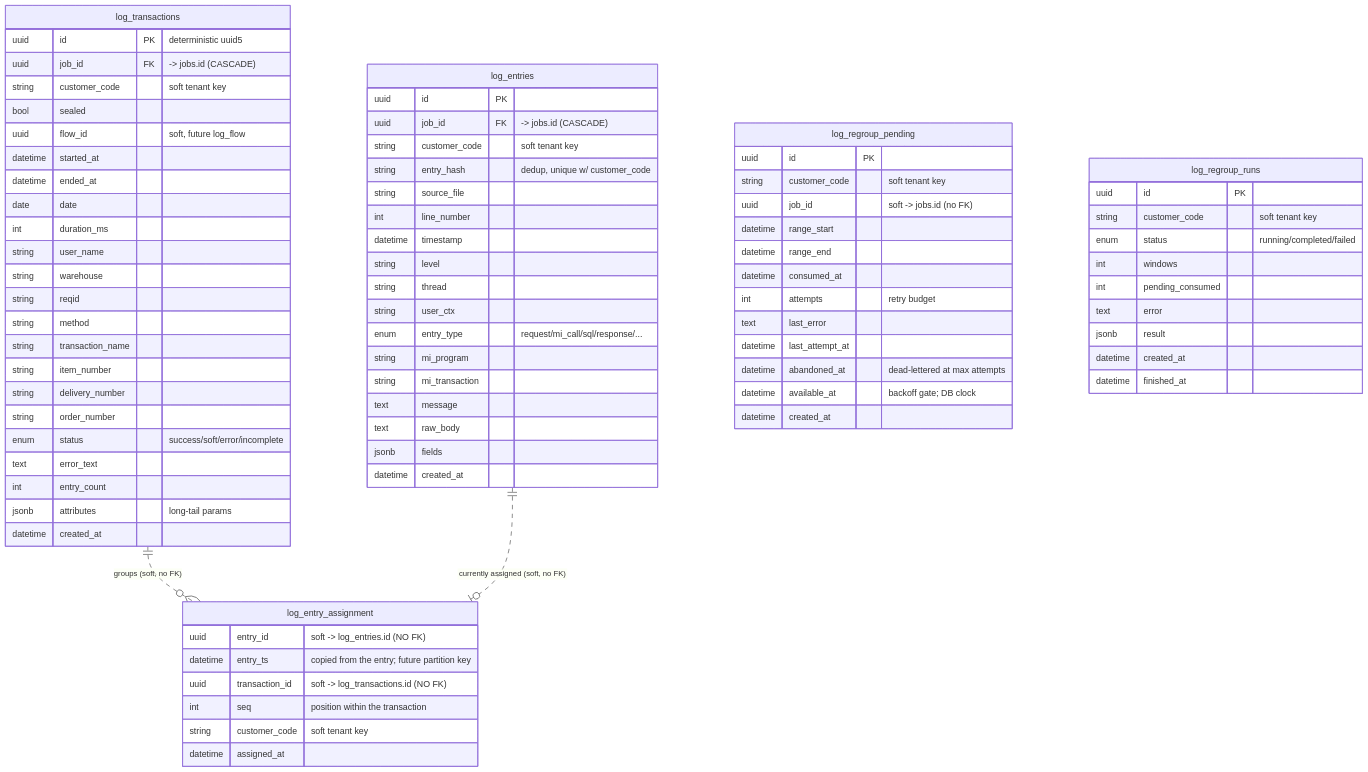
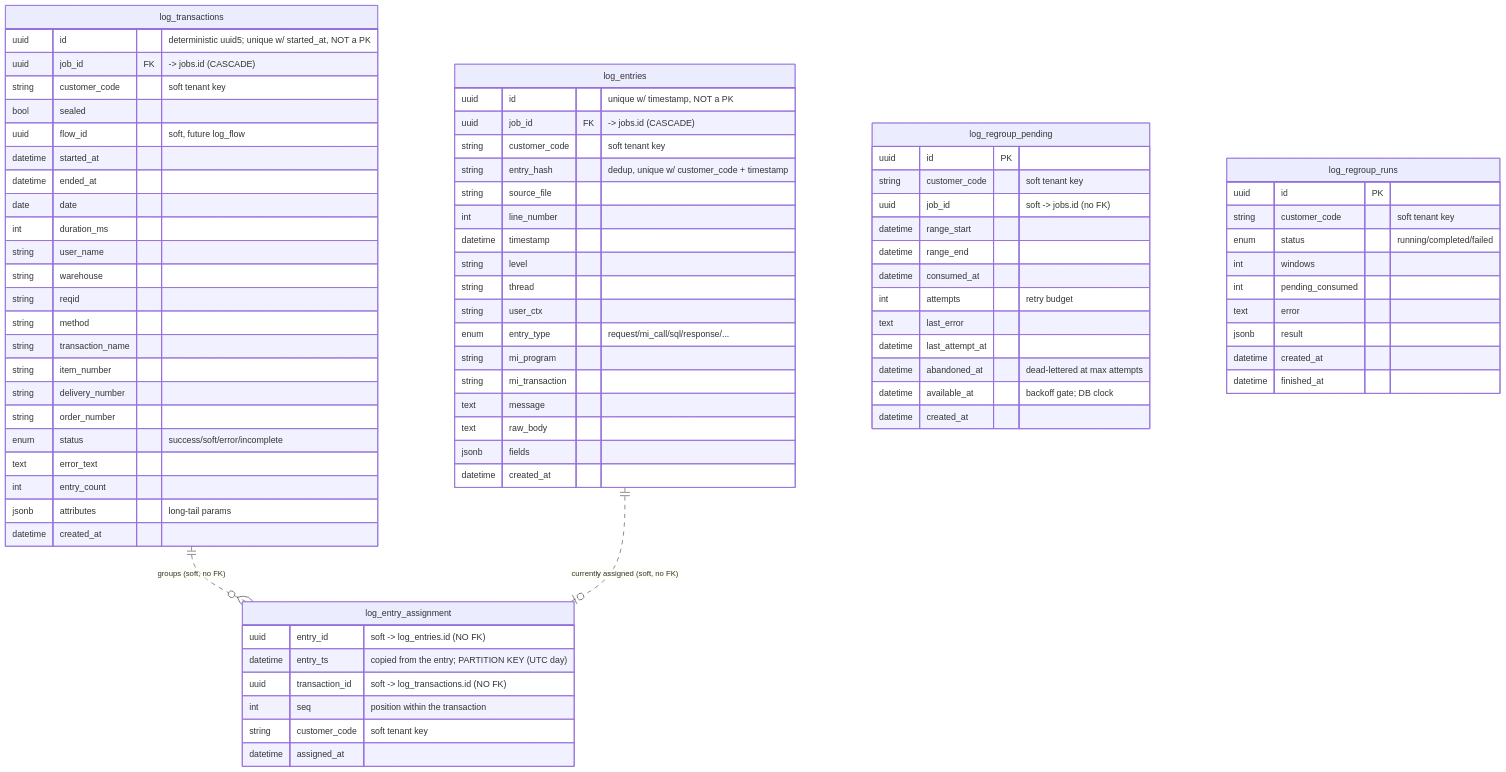
Before and after one commit to eamtalu/RAG-PipeLine: the fourth of 10 diagrams in docs/database-er-diagram.md, drawn with Mermaid. The commit also changed other lines of this file and 2 other files, not shown here.

First line of the commit message:
docs: partitioning design, ER diagram, and the frontend brief

````diff
--- a/docs/database-er-diagram.md
+++ b/docs/database-er-diagram.md
@@ -185,7 +186,7 @@
 ```mermaid
 erDiagram
     log_transactions {
-        uuid id PK "deterministic uuid5"
+        uuid id "deterministic uuid5; unique w/ started_at, NOT a PK"
         uuid job_id FK "-> jobs.id (CASCADE)"
         string customer_code "soft tenant key"
         bool sealed
@@ -211,7 +212,7 @@
 
     log_entry_assignment {
         uuid entry_id "soft -> log_entries.id (NO FK)"
-        datetime entry_ts "copied from the entry; future partition key"
+        datetime entry_ts "copied from the entry; PARTITION KEY (UTC day)"
         uuid transaction_id "soft -> log_transactions.id (NO FK)"
         int seq "position within the transaction"
         string customer_code "soft tenant key"
@@ -219,11 +220,11 @@
     }
 
     log_entries {
-        uuid id PK
+        uuid id "unique w/ timestamp, NOT a PK"
 
         uuid job_id FK "-> jobs.id (CASCADE)"
         string customer_code "soft tenant key"
-        string entry_hash "dedup, unique w/ customer_code"
+        string entry_hash "dedup, unique w/ customer_code + timestamp"
         string source_file
         int line_number
         datetime timestamp
````
